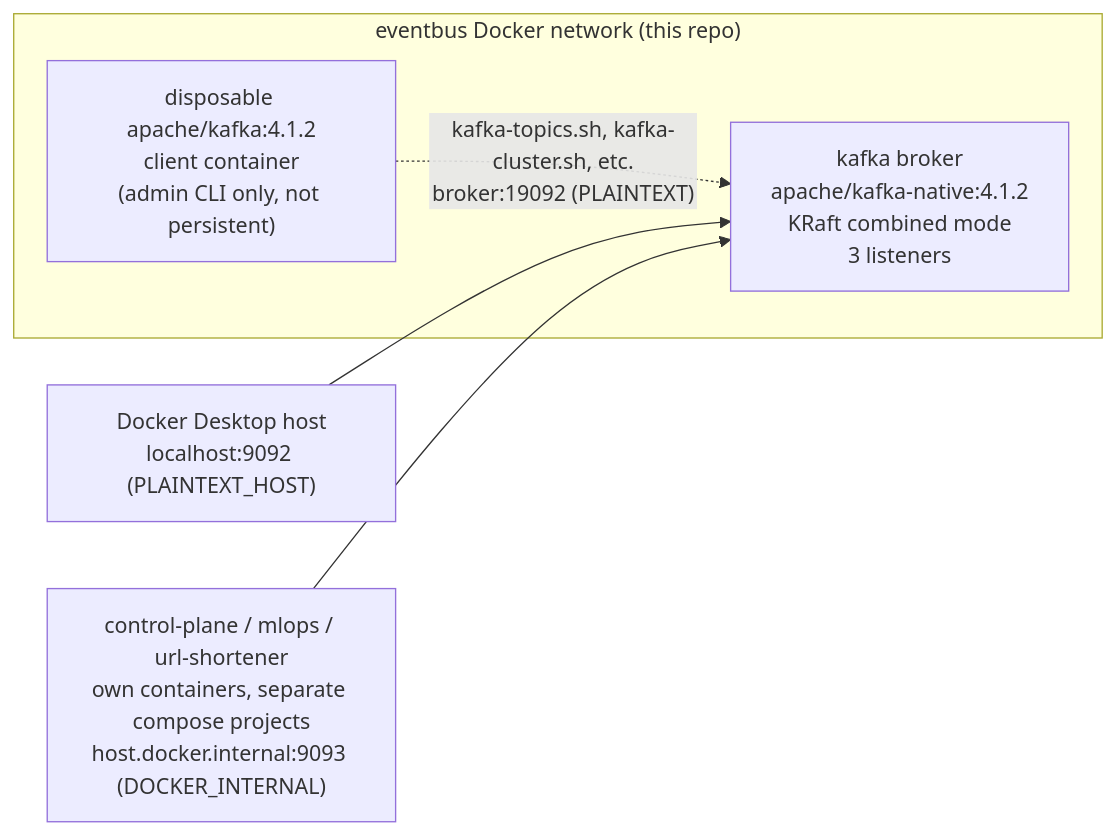
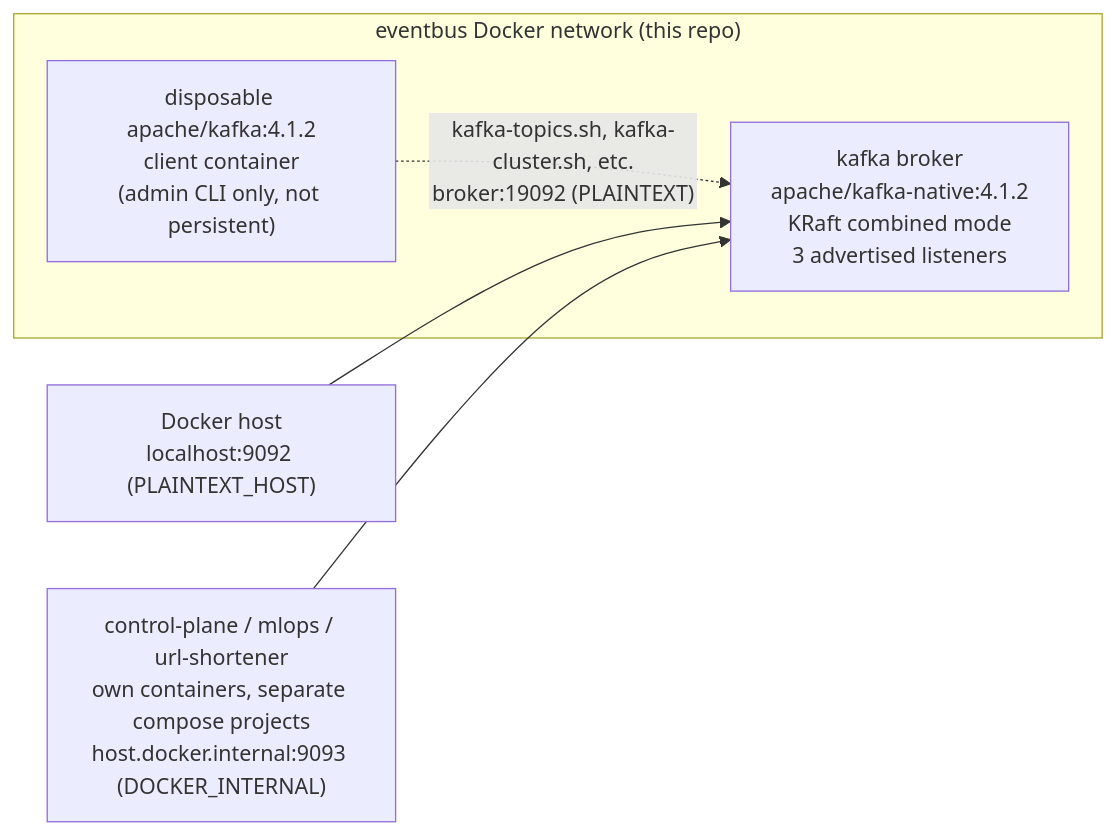
The diagram in README.md (jayakumar-devaraj/agentic-sdlc-eventbus), drawn with Mermaid before and after one commit. The commit also changed other lines of this file and 22 other files, not shown here.

````diff
--- a/README.md
+++ b/README.md
@@ -25,10 +31,10 @@
 ```mermaid
 flowchart LR
     subgraph eventbus_net["eventbus Docker network (this repo)"]
-        broker["kafka broker<br/>apache/kafka-native:4.1.2<br/>KRaft combined mode<br/>3 listeners"]
+        broker["kafka broker<br/>apache/kafka-native:4.1.2<br/>KRaft combined mode<br/>3 advertised listeners"]
         client["disposable apache/kafka:4.1.2<br/>client container<br/>(admin CLI only, not persistent)"]
         client -. "kafka-topics.sh, kafka-cluster.sh, etc.<br/>broker:19092 (PLAINTEXT)" .-> broker
     end
-    host["Docker Desktop host<br/>localhost:9092 (PLAINTEXT_HOST)"] --> broker
+    host["Docker host<br/>localhost:9092 (PLAINTEXT_HOST)"] --> broker
     other["control-plane / mlops / url-shortener<br/>own containers, separate compose projects<br/>host.docker.internal:9093 (DOCKER_INTERNAL)"] --> broker
 ```
````
